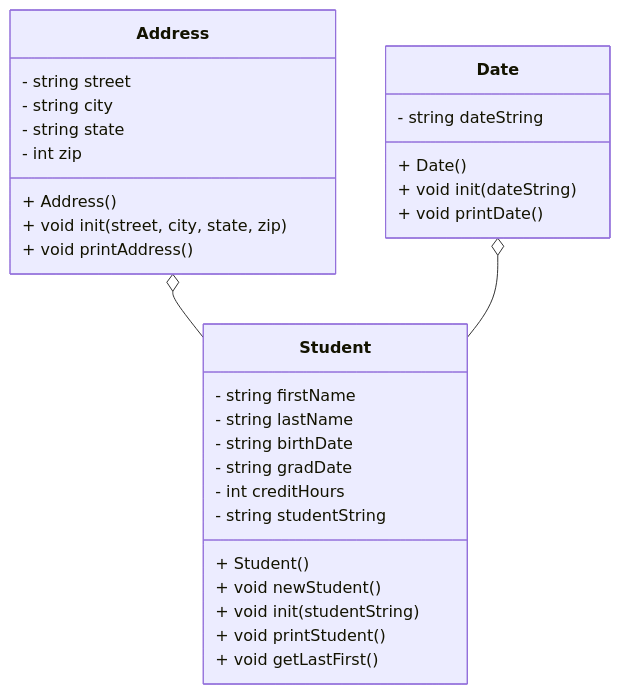
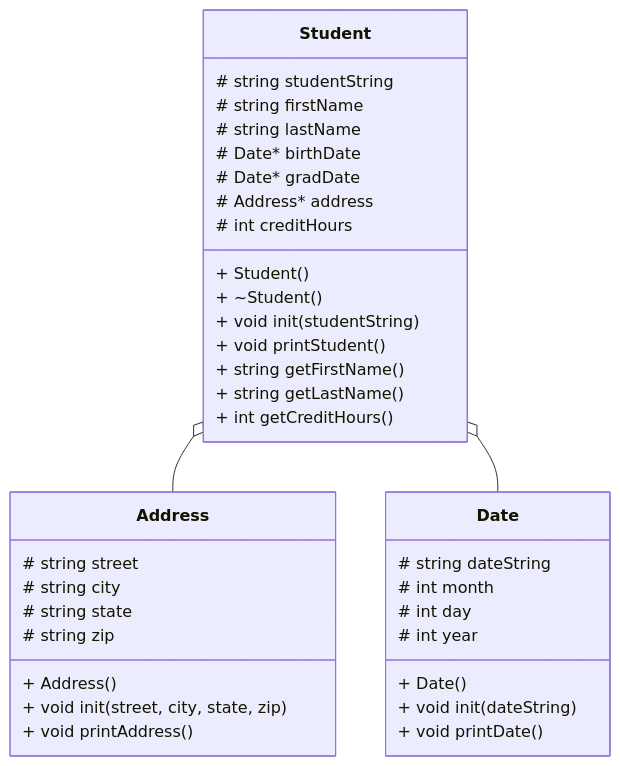
The diagram in README.md (ajbeck800/CS121_Project_6_Beck), drawn with Mermaid before and after one commit.

````diff
--- a/README.md
+++ b/README.md
@@ -4,34 +4,40 @@
 ```mermaid
 classDiagram
     class Student{
-      - string firstName
-      - string lastName
-      - string birthDate
-      - string gradDate
-      - int creditHours
-      - string studentString
+      # string studentString
+      # string firstName
+      # string lastName
+      # Date* birthDate
+      # Date* gradDate
+      # Address* address
+      # int creditHours
       + Student()
-      + void newStudent()
+      + ~Student()
       + void init(studentString)
       + void printStudent()
-      + void getLastFirst()
+      + string getFirstName()
+      + string getLastName()
+      + int getCreditHours()
     }
     class Address{
-      - string street
-      - string city
-      - string state
-      - int zip
+      # string street
+      # string city
+      # string state
+      # string zip
       + Address()
       + void init(street, city, state, zip)
       + void printAddress()
     }
     class Date{
-      - string dateString
+      # string dateString
+      # int month
+      # int day
+      # int year
       + Date()
       + void init(dateString)
       + void printDate()
     }
 
-Address o-- Student
-Date o-- Student
+Student o-- Address
+Student o-- Date
 ```
````
